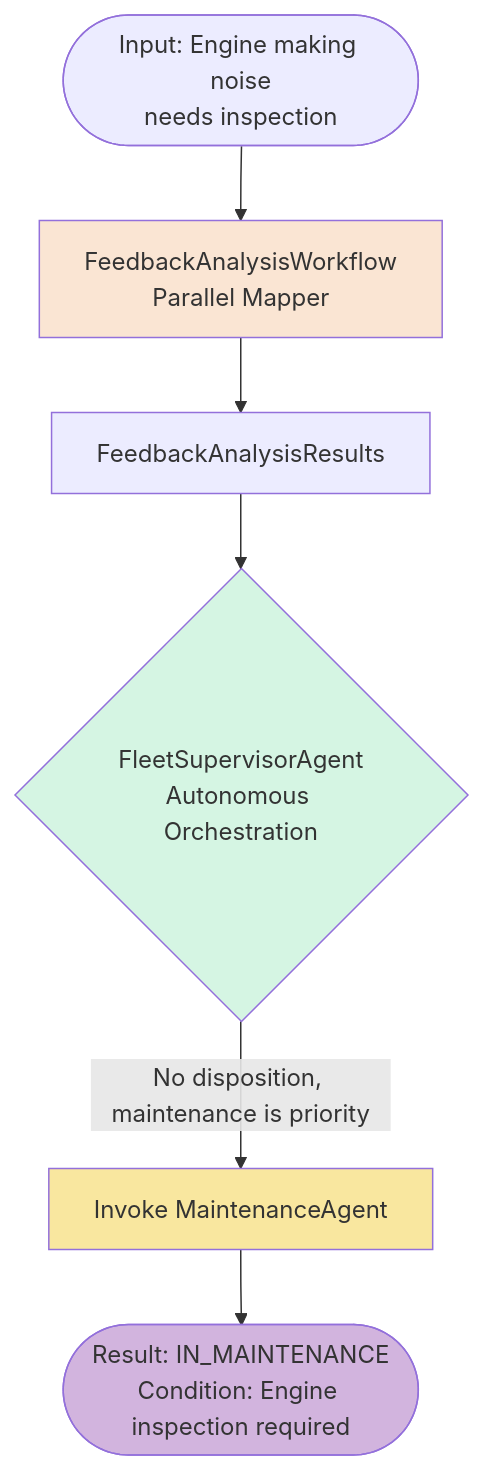
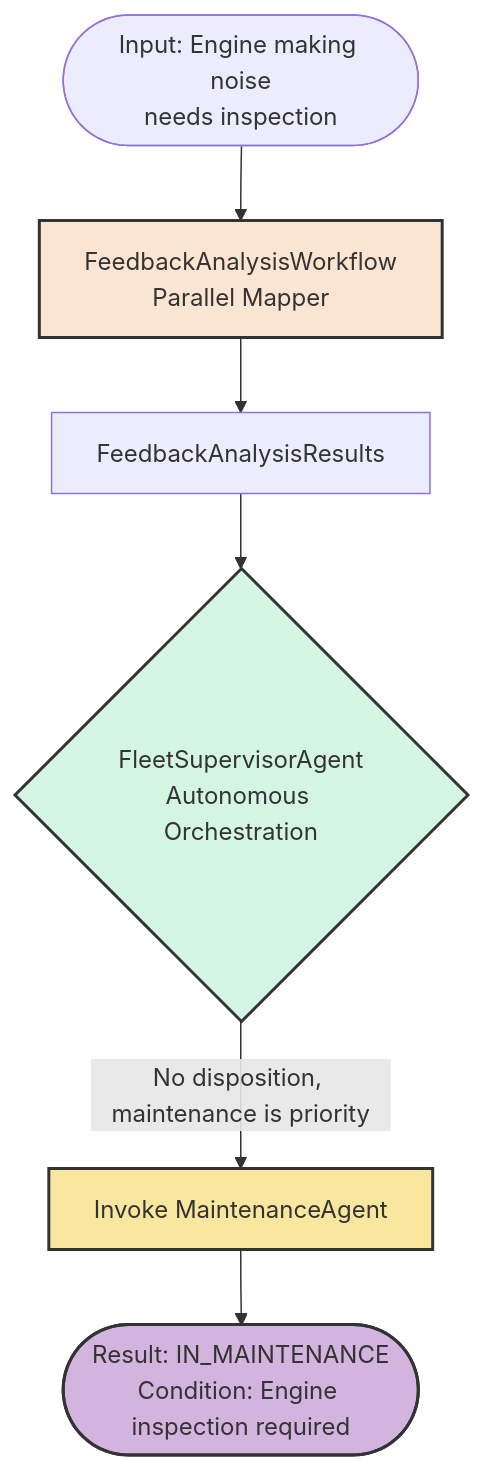
Before and after one commit to quarkusio/quarkus-workshop-langchain4j: the fourth of 5 diagrams in docs/docs/section-2/step-04.md, drawn with Mermaid. The commit also changed other lines of this file and 6 other files, not shown here.

Commit message:
update docs for better flow, and fix diagrams (#301)

````diff
--- a/docs/docs/section-2/step-04.md
+++ b/docs/docs/section-2/step-04.md
@@ -547,16 +510,16 @@
 ```mermaid
 flowchart TD
-    Start([Input: Engine making noise<br/>needs inspection])
+    Start(["Input: Engine making noise<br/>needs inspection"])
 
-    Start --> FW[FeedbackAnalysisWorkflow<br/>Parallel Mapper]
-    FW --> Results[FeedbackAnalysisResults]
-    Results --> FSA{FleetSupervisorAgent<br/>Autonomous Orchestration}
+    Start --> FW["FeedbackAnalysisWorkflow<br/>Parallel Mapper"]
+    FW --> Results["FeedbackAnalysisResults"]
+    Results --> FSA{"FleetSupervisorAgent<br/>Autonomous Orchestration"}
 
-    FSA -->|No disposition, maintenance is priority| MA[Invoke MaintenanceAgent]
-    MA --> Result([Result: IN_MAINTENANCE<br/>Condition: Engine inspection required])
+    FSA -->|"No disposition, maintenance is priority"| MA["Invoke MaintenanceAgent"]
+    MA --> Result(["Result: IN_MAINTENANCE<br/>Condition: Engine inspection required"])
 
-    style FW fill:#FAE5D3
-    style FSA fill:#D5F5E3
-    style MA fill:#F9E79F
-    style Result fill:#D2B4DE
+    style FW fill:#FAE5D3,stroke:#333,stroke-width:2,color:#333
+    style FSA fill:#D5F5E3,stroke:#333,stroke-width:2,color:#333
+    style MA fill:#F9E79F,stroke:#333,stroke-width:2,color:#333
+    style Result fill:#D2B4DE,stroke:#333,stroke-width:2,color:#333
 ```
````
